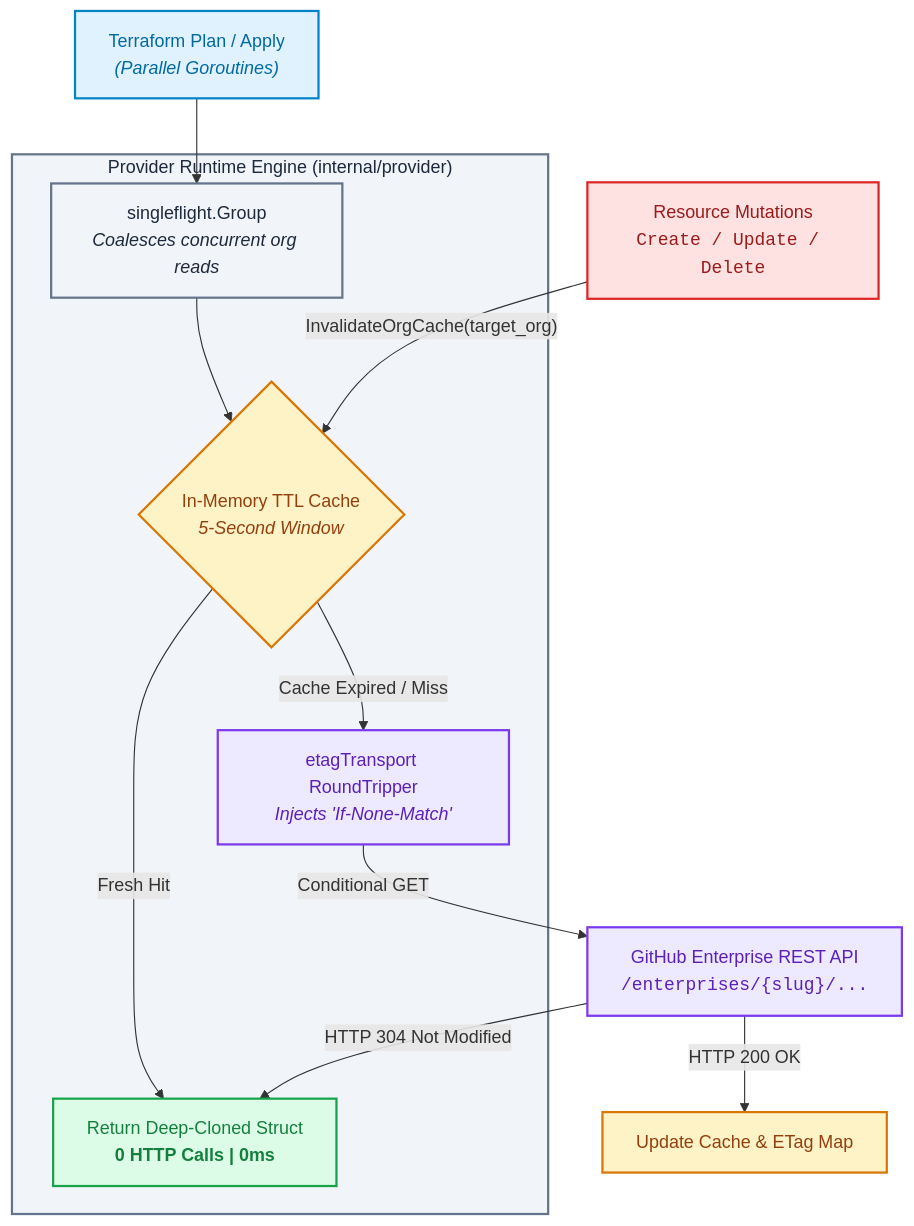
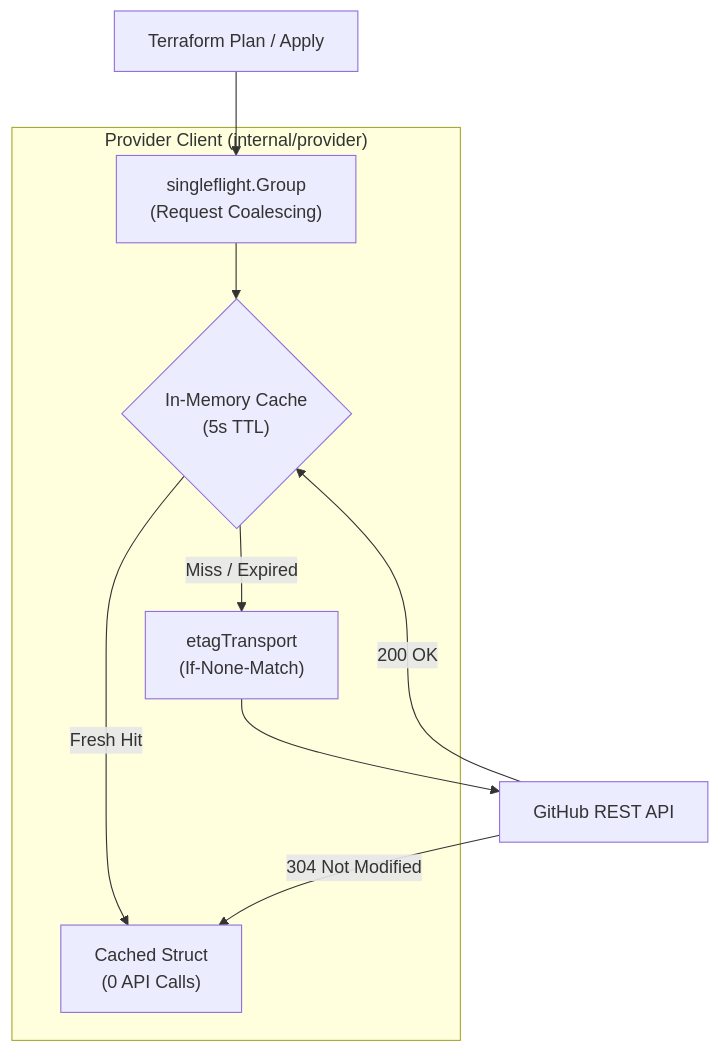
The second of 2 diagrams in DEVELOPMENT.md (google/terraform-provider-gh-app-unofficial), drawn with Mermaid before and after one commit. The commit also changed other lines of this file and 1 other file, not shown here.

Commit message:
update graphs

````diff
--- a/DEVELOPMENT.md
+++ b/DEVELOPMENT.md
@@ -228,32 +220,21 @@
 ```mermaid
 flowchart TD
-    classDef tf fill:#e0f2fe,stroke:#0284c7,stroke-width:2px,color:#0369a1;
-    classDef internal fill:#f1f5f9,stroke:#64748b,stroke-width:2px,color:#1e293b;
-    classDef cache fill:#fef3c7,stroke:#d97706,stroke-width:2px,color:#92400e;
-    classDef fast fill:#dcfce7,stroke:#16a34a,stroke-width:2px,color:#15803d;
-    classDef http fill:#ede9fe,stroke:#7c3aed,stroke-width:2px,color:#5b21b6;
-    classDef mutate fill:#fee2e2,stroke:#dc2626,stroke-width:2px,color:#991b1b;
+    TF["Terraform Plan / Apply"]
 
-    TF["Terraform Plan / Apply<br/><i>(Parallel Goroutines)</i>"]:::tf
-    MUT["Resource Mutations<br/><code>Create / Update / Delete</code>"]:::mutate
-
-    subgraph ENGINE ["Provider Runtime Engine (internal/provider)"]
-        SF["singleflight.Group<br/><i>Coalesces concurrent org reads</i>"]:::internal
-        CACHE{"In-Memory TTL Cache<br/><i>5-Second Window</i>"}:::cache
-        FAST_PATH["Return Deep-Cloned Struct<br/><b>0 HTTP Calls | 0ms</b>"]:::fast
-        ETAG["etagTransport RoundTripper<br/><i>Injects 'If-None-Match'</i>"]:::http
+    subgraph Engine ["Provider Client (internal/provider)"]
+        SF["singleflight.Group<br/>(Request Coalescing)"]
+        CACHE{"In-Memory Cache<br/>(5s TTL)"}
+        FAST["Cached Struct<br/>(0 API Calls)"]
+        ETAG["etagTransport<br/>(If-None-Match)"]
     end
 
-    GH["GitHub Enterprise REST API<br/><code>/enterprises/{slug}/...</code>"]:::http
+    API["GitHub REST API"]
 
     TF --> SF
     SF --> CACHE
-    CACHE -->|"Fresh Hit"| FAST_PATH
-    CACHE -->|"Cache Expired / Miss"| ETAG
-    ETAG -->|"Conditional GET"| GH
-    GH -->|"HTTP 304 Not Modified"| FAST_PATH
-    GH -->|"HTTP 200 OK"| UPDATE["Update Cache & ETag Map"]:::cache
-    MUT -->|"InvalidateOrgCache(target_org)"| CACHE
-
-    class ENGINE internal;
+    CACHE -->|"Fresh Hit"| FAST
+    CACHE -->|"Miss / Expired"| ETAG
+    ETAG --> API
+    API -->|"304 Not Modified"| FAST
+    API -->|"200 OK"| CACHE
 ```
````
